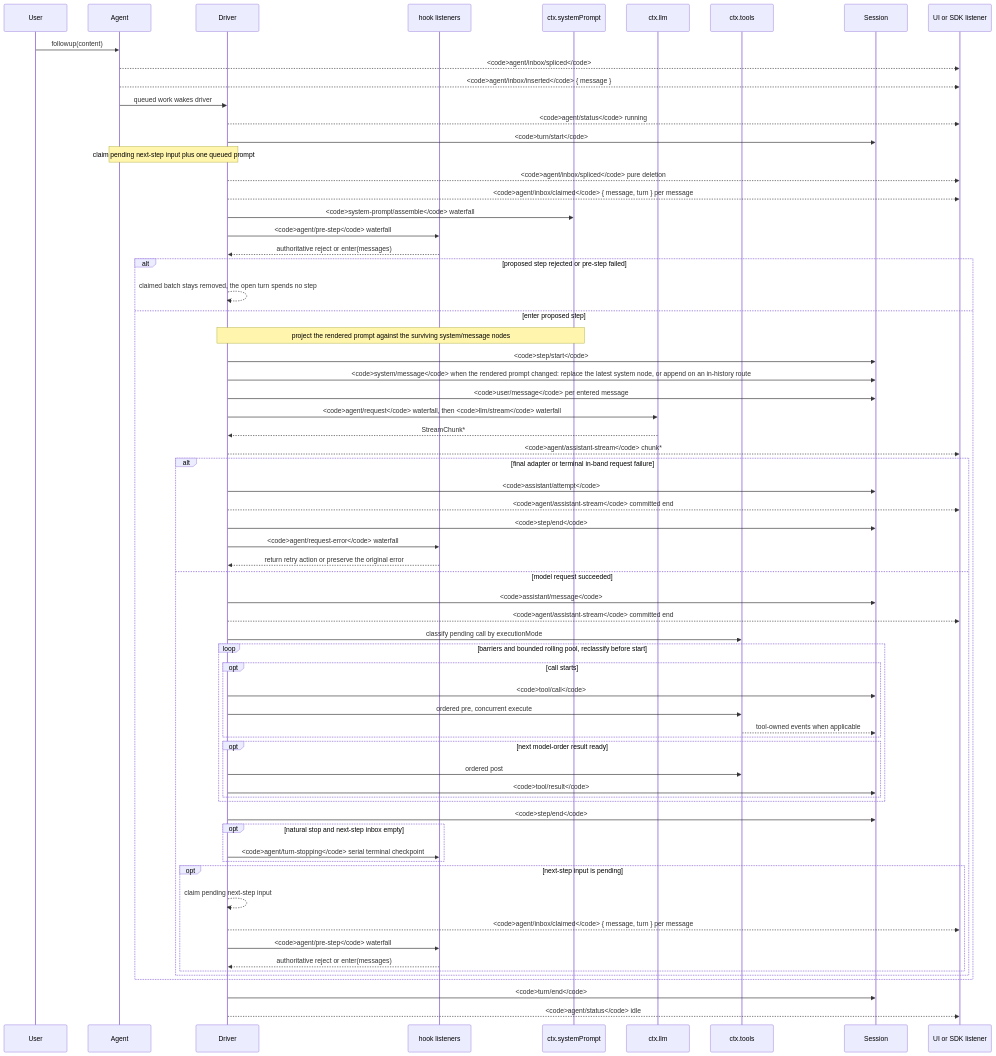
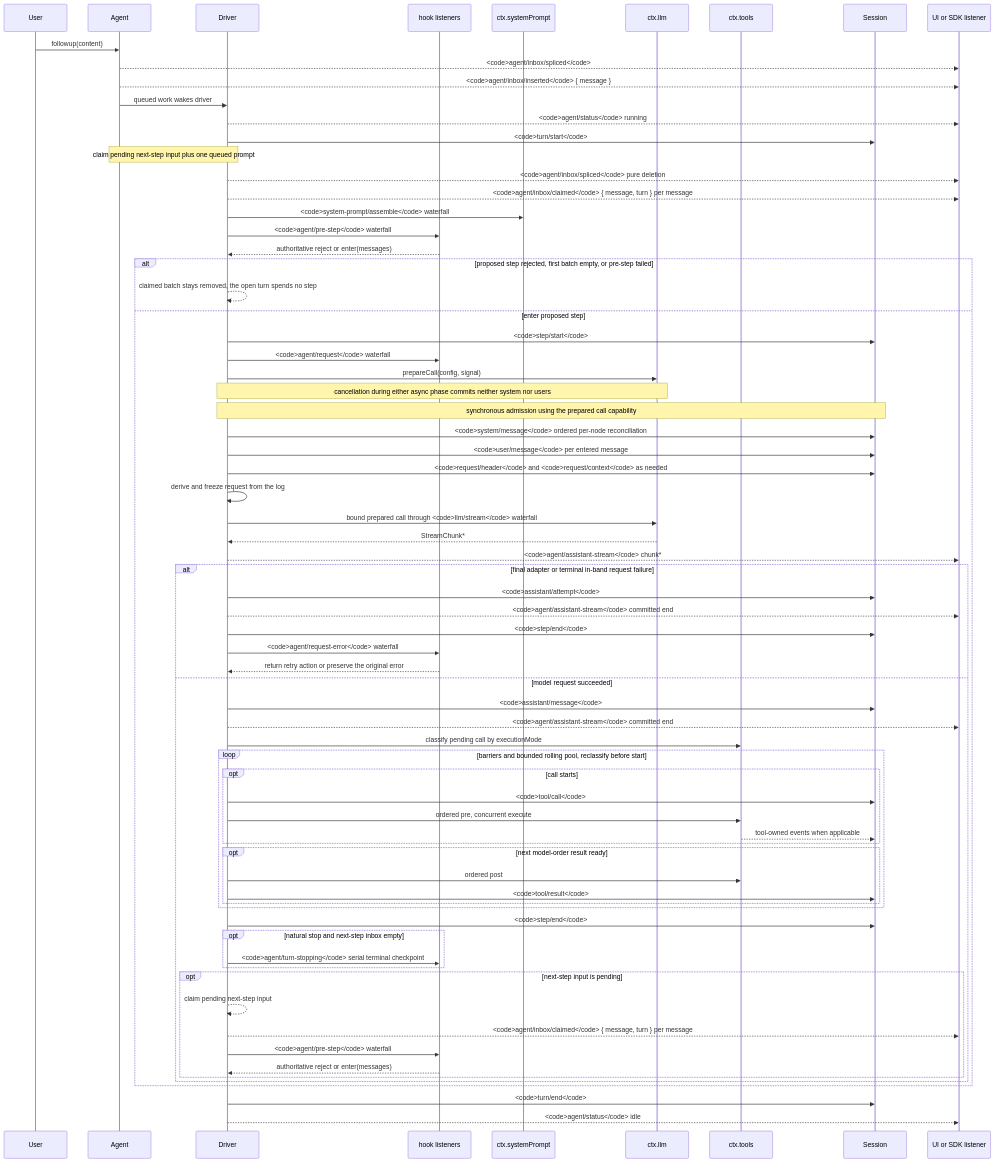
One commit to guojiaxian/deepseek-harness-WTAgent changed the diagram in docs/agent-lifecycle.md. Above: the diagram before and after it, drawn with Mermaid. The commit also changed 40 other files, not shown here.

````diff
--- a/docs/agent-lifecycle.md
+++ b/docs/agent-lifecycle.md
@@ -8,69 +8,74 @@
 ```mermaid
 sequenceDiagram
   participant User
   participant Agent
   participant Driver
   participant Hooks as hook listeners
   participant Prompt as ctx.systemPrompt
   participant LLM as ctx.llm
   participant Tools as ctx.tools
   participant Session
   participant SDK as UI or SDK listener
   User->>Agent: followup(content)
   Agent-->>SDK: <code>agent/inbox/spliced</code>
   Agent-->>SDK: <code>agent/inbox/inserted</code> { message }
   Agent->>Driver: queued work wakes driver
   Driver-->>SDK: <code>agent/status</code> running
   Driver->>Session: <code>turn/start</code>
   Note over Agent,Driver: claim pending next-step input plus one queued prompt
   Driver-->>SDK: <code>agent/inbox/spliced</code> pure deletion
   Driver-->>SDK: <code>agent/inbox/claimed</code> { message, turn } per message
   Driver->>Prompt: <code>system-prompt/assemble</code> waterfall
   Driver->>Hooks: <code>agent/pre-step</code> waterfall
   Hooks-->>Driver: authoritative reject or enter(messages)
-  alt proposed step rejected or pre-step failed
+  alt proposed step rejected, first batch empty, or pre-step failed
     Driver-->>Driver: claimed batch stays removed, the open turn spends no step
   else enter proposed step
-  Note over Driver,Prompt: project the rendered prompt against the surviving system/message nodes
   Driver->>Session: <code>step/start</code>
-  Driver->>Session: <code>system/message</code> when the rendered prompt changed: replace the latest system node, or append on an in-history route
+  Driver->>Hooks: <code>agent/request</code> waterfall
+  Driver->>LLM: prepareCall(config, signal)
+  Note over Driver,LLM: cancellation during either async phase commits neither system nor users
+  Note over Driver,Session: synchronous admission using the prepared call capability
+  Driver->>Session: <code>system/message</code> ordered per-node reconciliation
   Driver->>Session: <code>user/message</code> per entered message
-  Driver->>LLM: <code>agent/request</code> waterfall, then <code>llm/stream</code> waterfall
+  Driver->>Session: <code>request/header</code> and <code>request/context</code> as needed
+  Driver->>Driver: derive and freeze request from the log
+  Driver->>LLM: bound prepared call through <code>llm/stream</code> waterfall
   LLM-->>Driver: StreamChunk*
   Driver-->>SDK: <code>agent/assistant-stream</code> chunk*
   alt final adapter or terminal in-band request failure
     Driver->>Session: <code>assistant/attempt</code>
     Driver-->>SDK: <code>agent/assistant-stream</code> committed end
     Driver->>Session: <code>step/end</code>
     Driver->>Hooks: <code>agent/request-error</code> waterfall
     Hooks-->>Driver: return retry action or preserve the original error
   else model request succeeded
   Driver->>Session: <code>assistant/message</code>
   Driver-->>SDK: <code>agent/assistant-stream</code> committed end
   Driver->>Tools: classify pending call by executionMode
   loop barriers and bounded rolling pool, reclassify before start
     opt call starts
       Driver->>Session: <code>tool/call</code>
       Driver->>Tools: ordered pre, concurrent execute
       Tools-->>Session: tool-owned events when applicable
     end
     opt next model-order result ready
       Driver->>Tools: ordered post
       Driver->>Session: <code>tool/result</code>
     end
   end
   Driver->>Session: <code>step/end</code>
   opt natural stop and next-step inbox empty
     Driver->>Hooks: <code>agent/turn-stopping</code> serial terminal checkpoint
   end
   opt next-step input is pending
     Driver-->>Driver: claim pending next-step input
     Driver-->>SDK: <code>agent/inbox/claimed</code> { message, turn } per message
     Driver->>Hooks: <code>agent/pre-step</code> waterfall
     Hooks-->>Driver: authoritative reject or enter(messages)
   end
   end
   end
   Driver->>Session: <code>turn/end</code>
   Driver-->>SDK: <code>agent/status</code> idle
 ```
````
